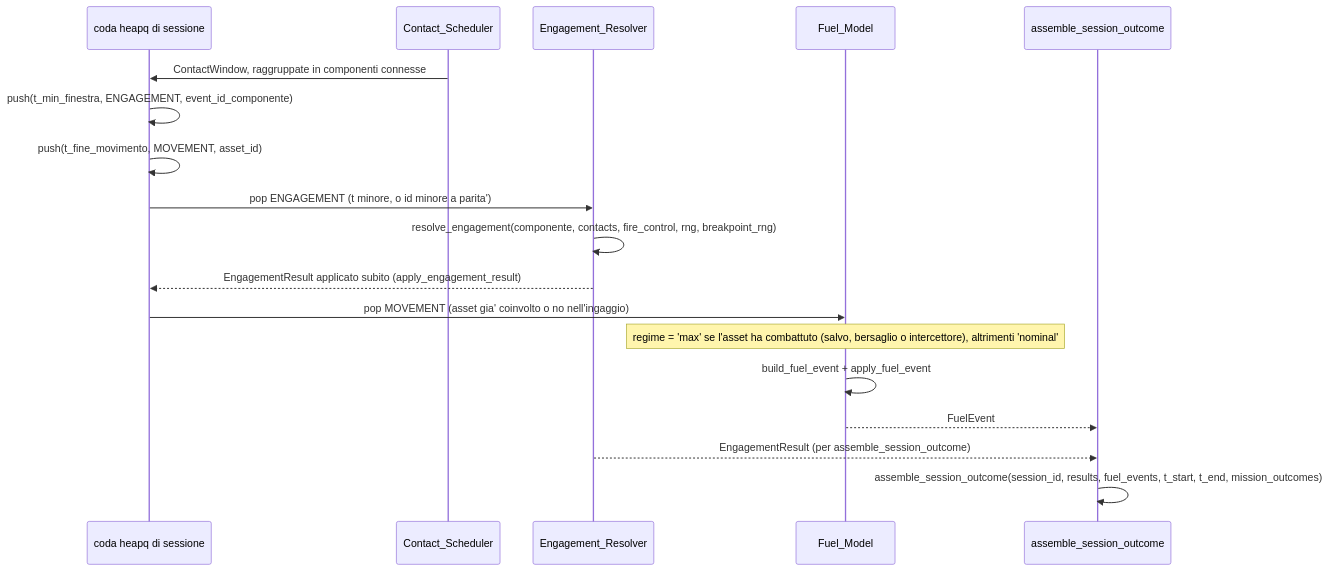
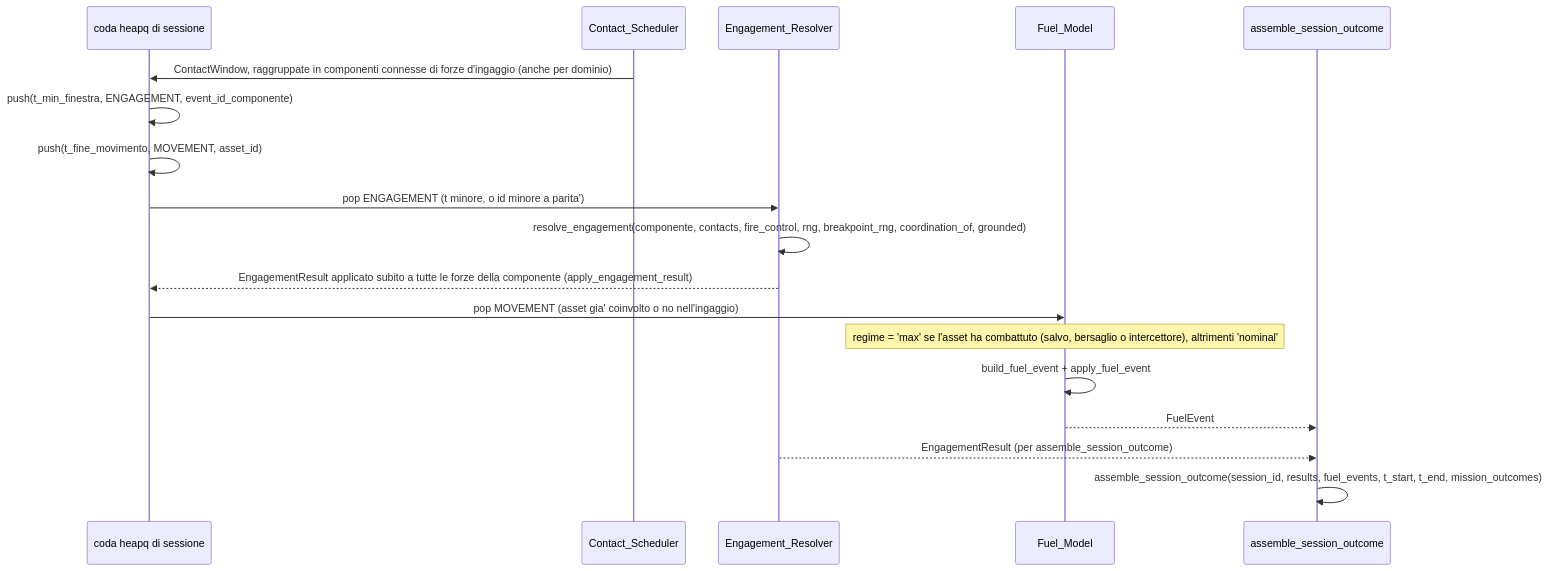
One commit to MakusIV/Warfare-Model changed the second of 9 diagrams in Analysis/Document/Manuale_Motore_DES/07_Orchestratore_Session_Simulator.md. Above: the diagram before and after it, drawn with Mermaid. The commit also changed other lines of this file and 11 other files, not shown here.

````diff
--- a/Analysis/Document/Manuale_Motore_DES/07_Orchestratore_Session_Simulator.md
+++ b/Analysis/Document/Manuale_Motore_DES/07_Orchestratore_Session_Simulator.md
@@ -230,24 +281,24 @@
 ```mermaid
 sequenceDiagram
     participant Q as coda heapq di sessione
     participant CS as Contact_Scheduler
     participant ER as Engagement_Resolver
     participant FM as Fuel_Model
     participant OUT as assemble_session_outcome
 
-    CS->>Q: ContactWindow, raggruppate in componenti connesse
+    CS->>Q: ContactWindow, raggruppate in componenti connesse di forze d'ingaggio (anche per dominio)
     Q->>Q: push(t_min_finestra, ENGAGEMENT, event_id_componente)
     Q->>Q: push(t_fine_movimento, MOVEMENT, asset_id)
 
     Q->>ER: pop ENGAGEMENT (t minore, o id minore a parita')
-    ER->>ER: resolve_engagement(componente, contacts, fire_control, rng, breakpoint_rng)
-    ER-->>Q: EngagementResult applicato subito (apply_engagement_result)
+    ER->>ER: resolve_engagement(componente, contacts, fire_control, rng, breakpoint_rng, coordination_of, grounded)
+    ER-->>Q: EngagementResult applicato subito a tutte le forze della componente (apply_engagement_result)
 
     Q->>FM: pop MOVEMENT (asset gia' coinvolto o no nell'ingaggio)
     Note over FM: regime = 'max' se l'asset ha combattuto (salvo, bersaglio o intercettore), altrimenti 'nominal'
     FM->>FM: build_fuel_event + apply_fuel_event
     FM-->>OUT: FuelEvent
 
     ER-->>OUT: EngagementResult (per assemble_session_outcome)
     OUT->>OUT: assemble_session_outcome(session_id, results, fuel_events, t_start, t_end, mission_outcomes)
 ```
````
